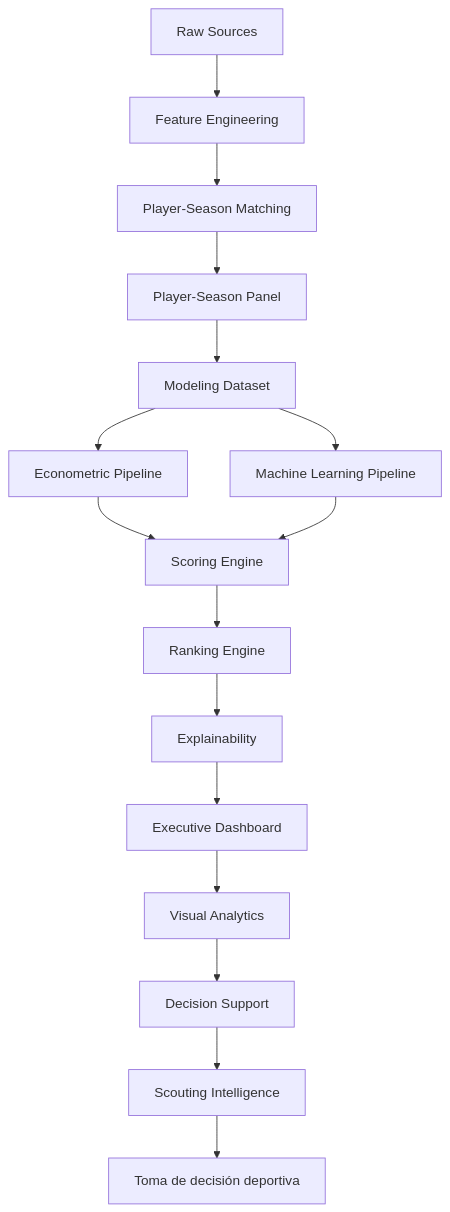
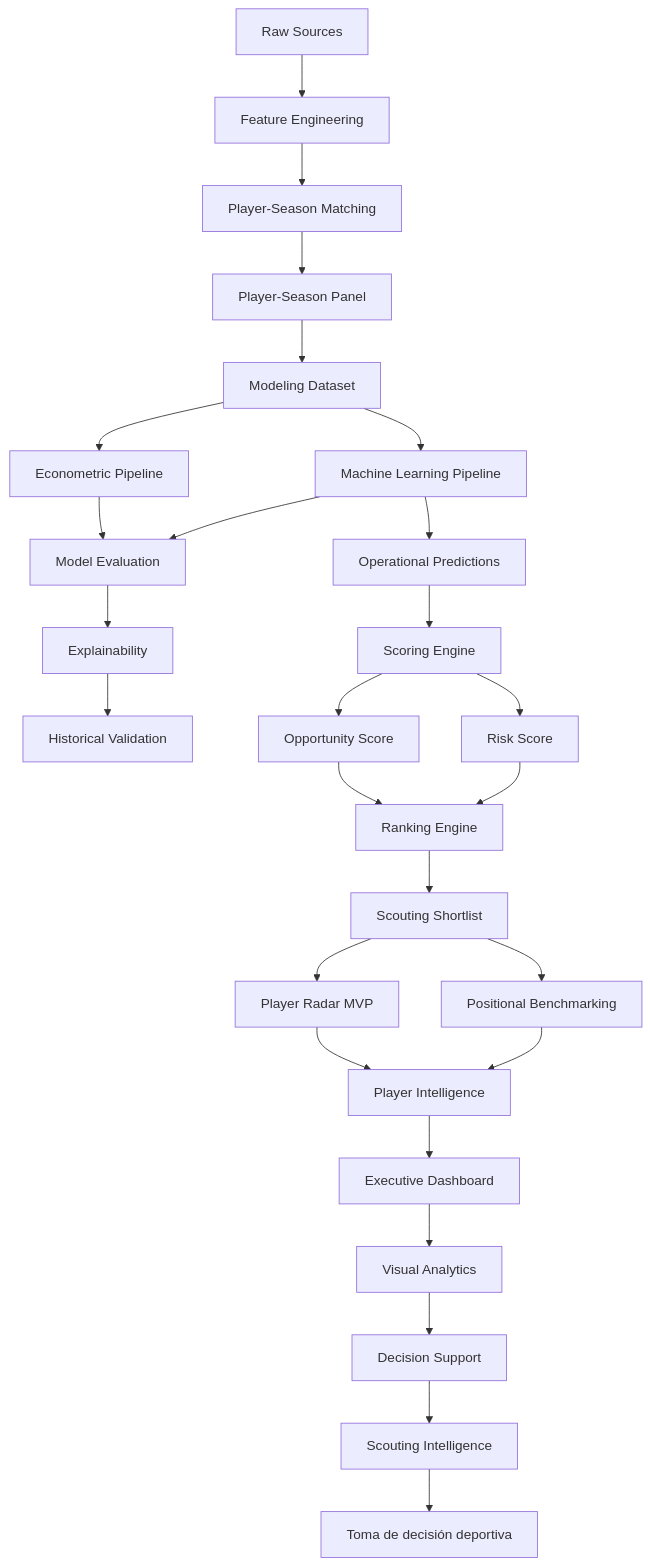
One commit to manuelpeba/market-value-football-tfm changed the diagram in README.md. Above: the diagram before and after it, drawn with Mermaid. The commit also changed other lines of this file and 16 other files, not shown here.

Commit message:
docs: complete sprint 10 documentation, architecture and notebooks for v1.0.0

````diff
--- a/README.md
+++ b/README.md
@@ -514,22 +524,51 @@
 ```mermaid
 flowchart TD
 
 A[Raw Sources] --> B[Feature Engineering]
 B --> C[Player-Season Matching]
 C --> D[Player-Season Panel]
 D --> E[Modeling Dataset]
 
+%% Historical Evaluation Layer
+
 E --> F[Econometric Pipeline]
 E --> G[Machine Learning Pipeline]
 
-F --> H[Scoring Engine]
+F --> H[Model Evaluation]
 G --> H
 
-H --> I[Ranking Engine]
-I --> J[Explainability]
-J --> K[Executive Dashboard]
-K --> L[Visual Analytics]
-L --> M[Decision Support]
-M --> N[Scouting Intelligence]
-N --> O[Toma de decisión deportiva]
+H --> I[Explainability]
+I --> J[Historical Validation]
+
+%% Current Scouting Layer
+
+G --> K[Operational Predictions]
+
+K --> L[Scoring Engine]
+
+L --> M[Opportunity Score]
+L --> N[Risk Score]
+
+M --> O[Ranking Engine]
+N --> O
+
+%% Player Intelligence Layer
+
+O --> P[Scouting Shortlist]
+P --> Q[Player Radar MVP]
+P --> R[Positional Benchmarking]
+
+Q --> S[Player Intelligence]
+R --> S
+
+%% Decision Support Layer
+
+S --> T[Executive Dashboard]
+T --> U[Visual Analytics]
+U --> V[Decision Support]
+
+%% Business Outcome
+
+V --> W[Scouting Intelligence]
+W --> X[Toma de decisión deportiva]
 ```
````
